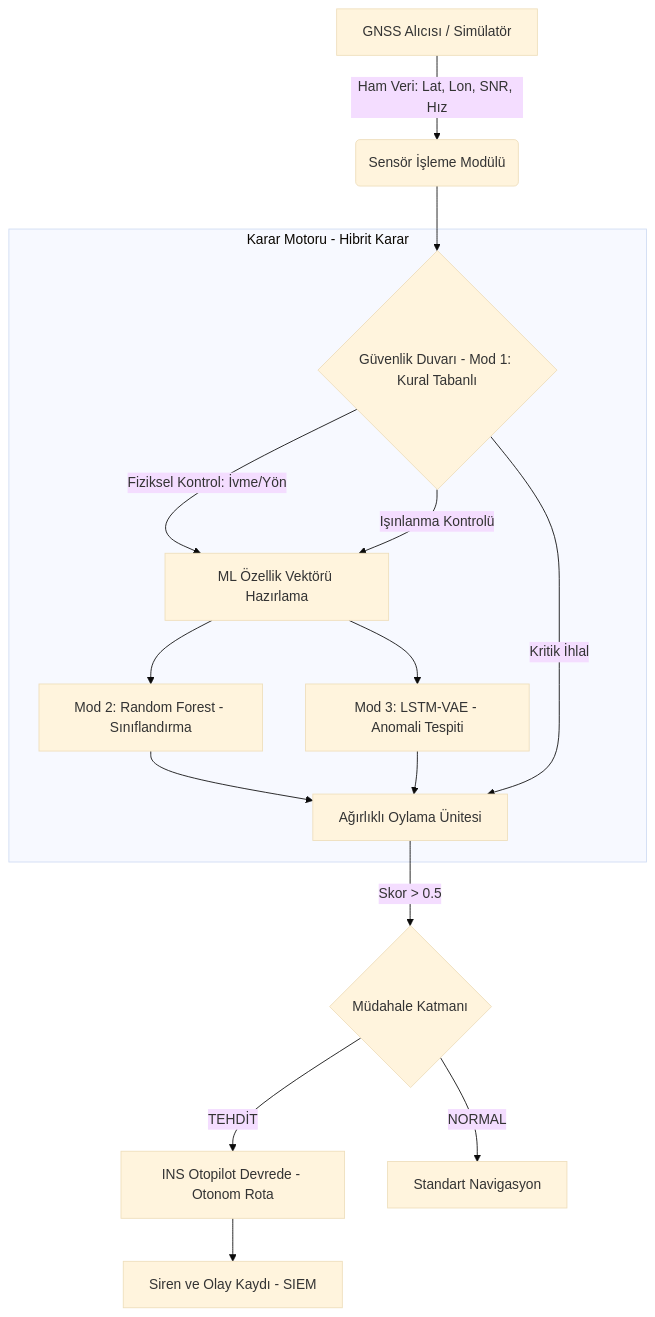
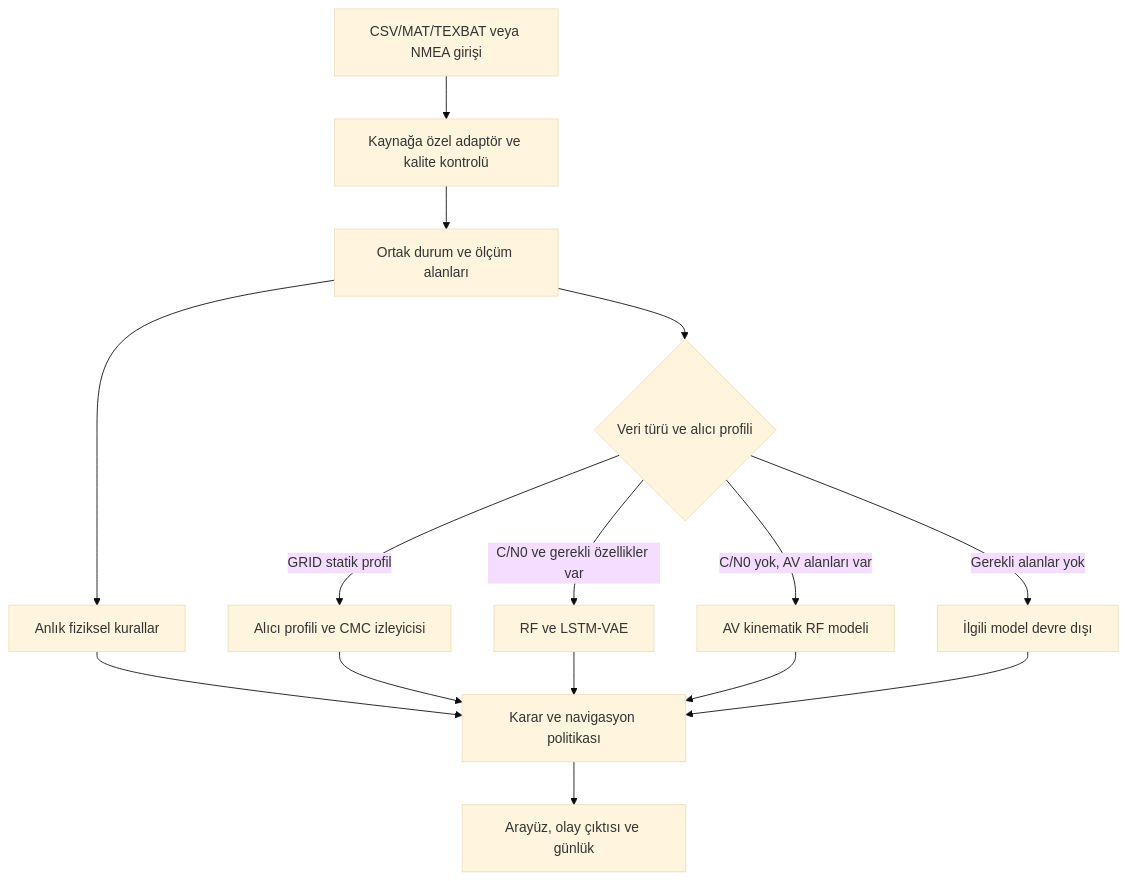
Before and after one commit to hulyayldiz/TUBITAK-2209-A: the diagram in ARCHITECTURE.md, drawn with Mermaid (base theme). The commit also changed other lines of this file and 259 other files, not shown here.

````diff
--- a/ARCHITECTURE.md
+++ b/ARCHITECTURE.md
@@ -9,20 +7,17 @@
 ```mermaid
 graph TD
-    A[GNSS Alıcısı / Simülatör] -->|Ham Veri: Lat, Lon, SNR, Hız| B(Sensör İşleme Modülü)
-    B --> C{Güvenlik Duvarı - Mod 1: Kural Tabanlı}
-    C -->|Fiziksel Kontrol: İvme/Yön| D[ML Özellik Vektörü Hazırlama]
-    C -->|Işınlanma Kontrolü| D
-    
-    subgraph Karar Motoru - Hibrit Karar
-        D --> E[Mod 2: Random Forest - Sınıflandırma]
-        D --> F[Mod 3: LSTM-VAE - Anomali Tespiti]
-        E --> G[Ağırlıklı Oylama Ünitesi]
-        F --> G
-        C -->|Kritik İhlal| G
-    end
-
-    G -->|Skor > 0.5| H{Müdahale Katmanı}
-    H -->|TEHDİT| I[INS Otopilot Devrede - Otonom Rota]
-    H -->|NORMAL| J[Standart Navigasyon]
-    I --> K[Siren ve Olay Kaydı - SIEM]
+    A[CSV/MAT/TEXBAT veya NMEA girişi] --> B[Kaynağa özel adaptör ve kalite kontrolü]
+    B --> C[Ortak durum ve ölçüm alanları]
+    C --> D[Anlık fiziksel kurallar]
+    C --> E{Veri türü ve alıcı profili}
+    E -->|GRID statik profil| F[Alıcı profili ve CMC izleyicisi]
+    E -->|C/N0 ve gerekli özellikler var| G[RF ve LSTM-VAE]
+    E -->|C/N0 yok, AV alanları var| H[AV kinematik RF modeli]
+    E -->|Gerekli alanlar yok| I[İlgili model devre dışı]
+    D --> J[Karar ve navigasyon politikası]
+    F --> J
+    G --> J
+    H --> J
+    I --> J
+    J --> K[Arayüz, olay çıktısı ve günlük]
 ```
````
